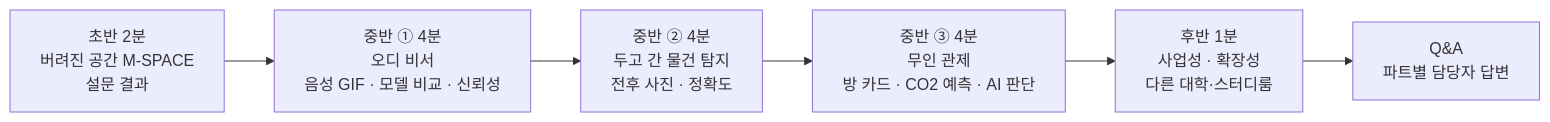
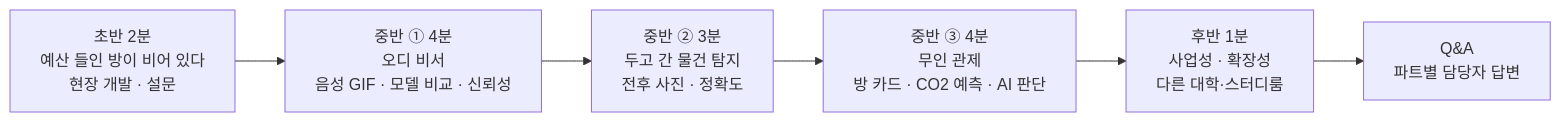
The diagram in meetings/2026-11-13-11차-회의.md (AI-go-do/docs), drawn with Mermaid before and after one commit. The commit also changed other lines of this file and 13 other files, not shown here.

````diff
--- a/meetings/2026-11-13-11차-회의.md
+++ b/meetings/2026-11-13-11차-회의.md
@@ -29,8 +31,8 @@
 ```mermaid
 flowchart LR
-  A["초반 2분<br/>버려진 공간 M-SPACE<br/>설문 결과"] --> B["중반 ① 4분<br/>오디 비서<br/>음성 GIF · 모델 비교 · 신뢰성"]
-  B --> C["중반 ② 4분<br/>두고 간 물건 탐지<br/>전후 사진 · 정확도"]
+  A["초반 2분<br/>예산 들인 방이 비어 있다<br/>현장 개발 · 설문"] --> B["중반 ① 4분<br/>오디 비서<br/>음성 GIF · 모델 비교 · 신뢰성"]
+  B --> C["중반 ② 3분<br/>두고 간 물건 탐지<br/>전후 사진 · 정확도"]
   C --> D["중반 ③ 4분<br/>무인 관제<br/>방 카드 · CO2 예측 · AI 판단"]
   D --> E["후반 1분<br/>사업성 · 확장성<br/>다른 대학·스터디룸"]
   E --> F["Q&A<br/>파트별 담당자 답변"]
 ```
````
